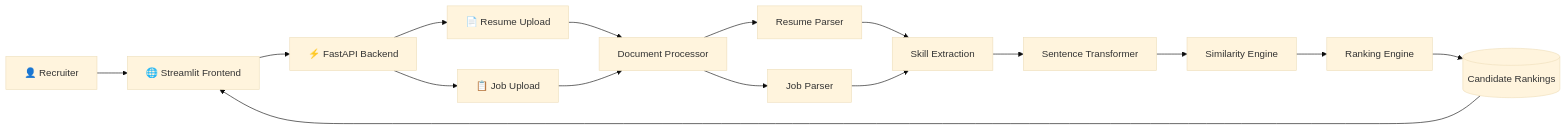
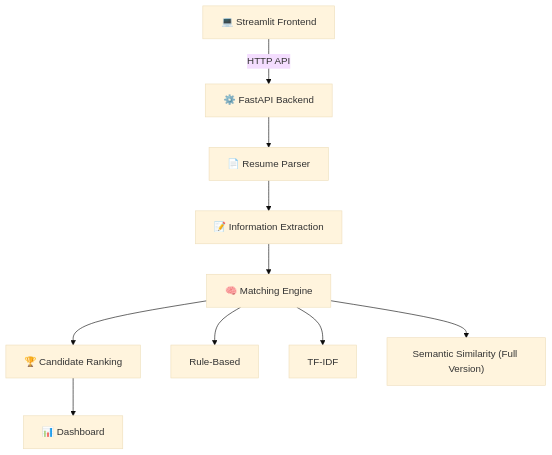
The first of 2 diagrams in README.md (Faizur-Rahman99/Resume-Matcher-NLP), drawn with Mermaid (base theme) before and after one commit. The commit also changed other lines of this file and 12 other files, not shown here.

````diff
--- a/README.md
+++ b/README.md
@@ -240,35 +123,22 @@
 ```mermaid
-flowchart LR
+flowchart TD
 
-A[👤 Recruiter]
+    A[💻 Streamlit Frontend]
+    B[⚙️ FastAPI Backend]
+    C[📄 Resume Parser]
+    D[📝 Information Extraction]
+    E[🧠 Matching Engine]
+    F[🏆 Candidate Ranking]
+    G[📊 Dashboard]
 
-A --> B[🌐 Streamlit Frontend]
+    A -->|HTTP API| B
+    B --> C
+    C --> D
+    D --> E
+    E --> F
+    F --> G
 
-B --> C[⚡ FastAPI Backend]
-
-C --> D[📄 Resume Upload]
-
-C --> E[📋 Job Upload]
-
-D --> F[Document Processor]
-
-E --> F
-
-F --> G[Resume Parser]
-
-F --> H[Job Parser]
-
-G --> I[Skill Extraction]
-
-H --> I
-
-I --> J[Sentence Transformer]
-
-J --> K[Similarity Engine]
-
-K --> L[Ranking Engine]
-
-L --> M[(Candidate Rankings)]
-
-M --> B
+    E --> E1[Rule-Based]
+    E --> E2[TF-IDF]
+    E --> E3["Semantic Similarity (Full Version)"]
 ```
````
